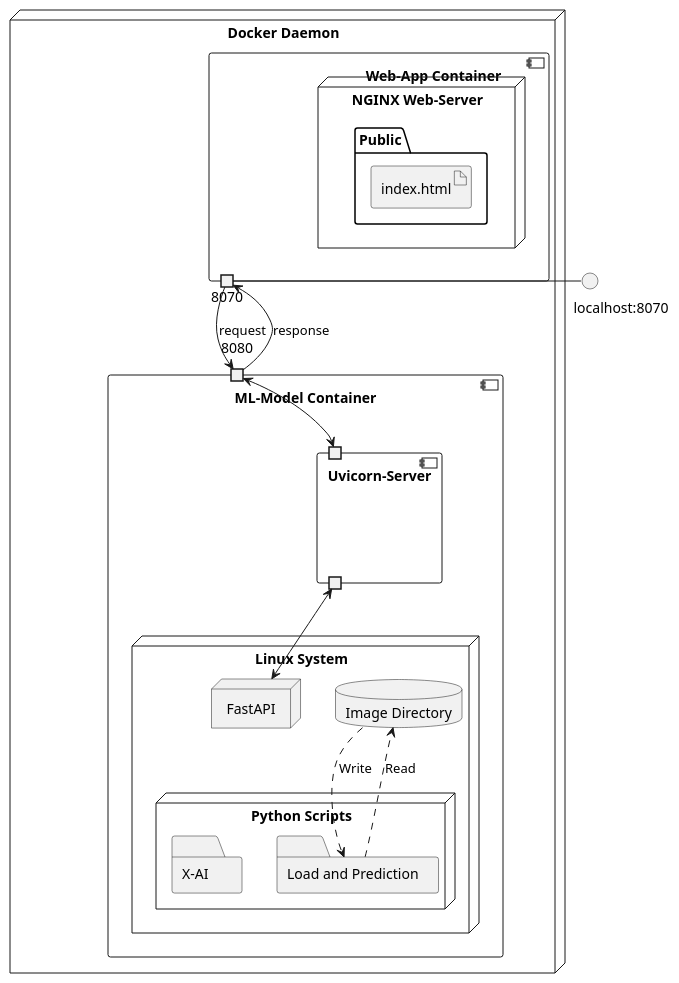
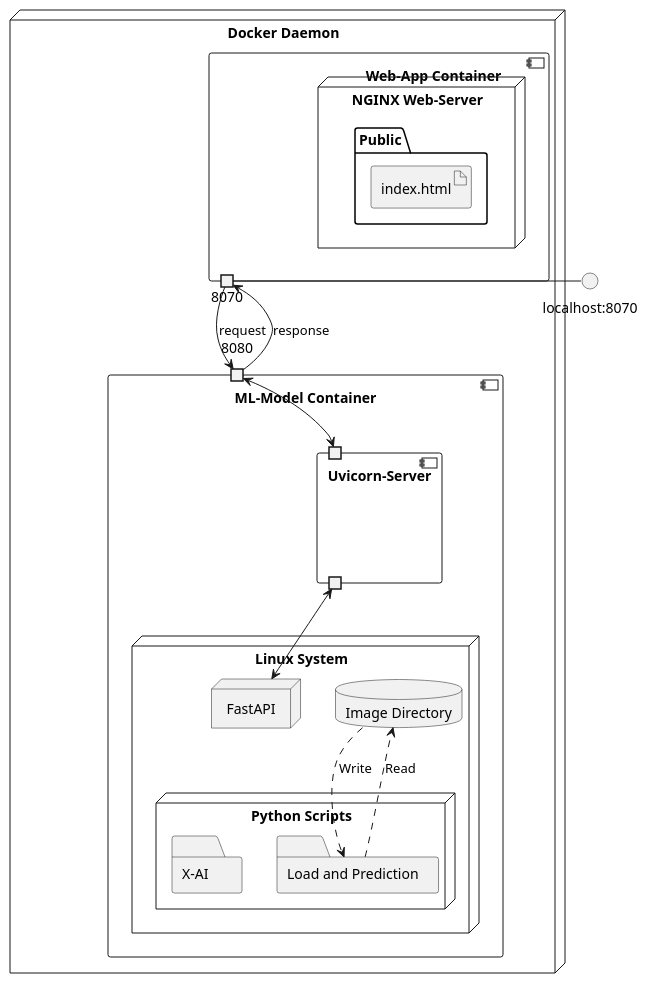
The diagram in docs/structure.wsd (Martkx/apple_blossom), drawn with PlantUML before and after one commit. The commit also changed 2 other files, not shown here.

```diff
--- a/docs/structure.wsd
+++ b/docs/structure.wsd
@@ -1,51 +1,51 @@
 @startuml component_diagram
 'skinparam linetype ortho
 
 node "Docker Daemon" {
   component "ML-Model Container" as ML {
     portin "8080" as p1
     
     component "Uvicorn-Server" as uvicorn{
     portin " " as p3
     portout " " as p5
     
   }
     node "Linux System" {
         database "Image Directory" as vol
         node "FastAPI" as fastapi
         node "Python Scripts" as python {
             folder "Load and Prediction" as load_and_prediction
             folder "X-AI" as x_ai
         }
     }
   }
   component "                              Web-App Container" as APP {
     portout "8070" as p2
     
     node "NGINX Web-Server" as nginx {
         folder "Public" as public {
             artifact "index.html"
         }
     }
   }
   
   
   
   
 }
 
-interface "                 localhost:8070" as p70
+interface "localhost:8070" as p70
 
-p2 --right---- p70
+p2 ----right------ p70
 p2 -->p1:request
 p1 ---> p2: response
 
 p1 <--> p3
 p5 <--> fastapi
 
 load_and_prediction ..> vol : Read
 vol ..> load_and_prediction : Write
 
 
 
 @enduml
```
